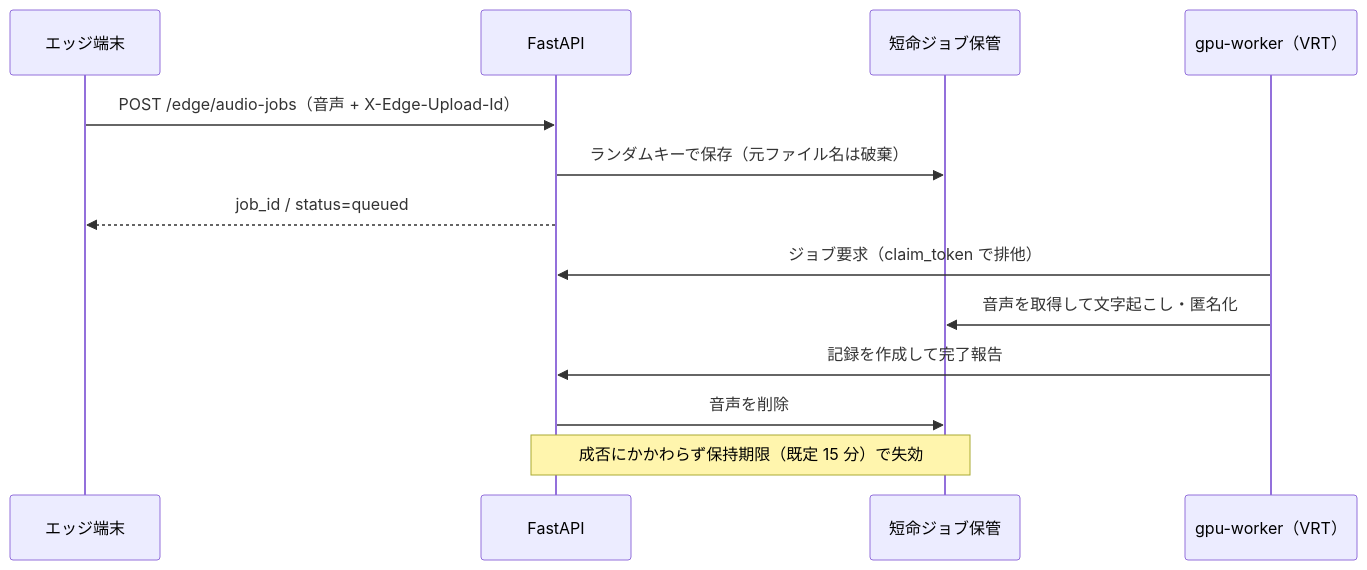
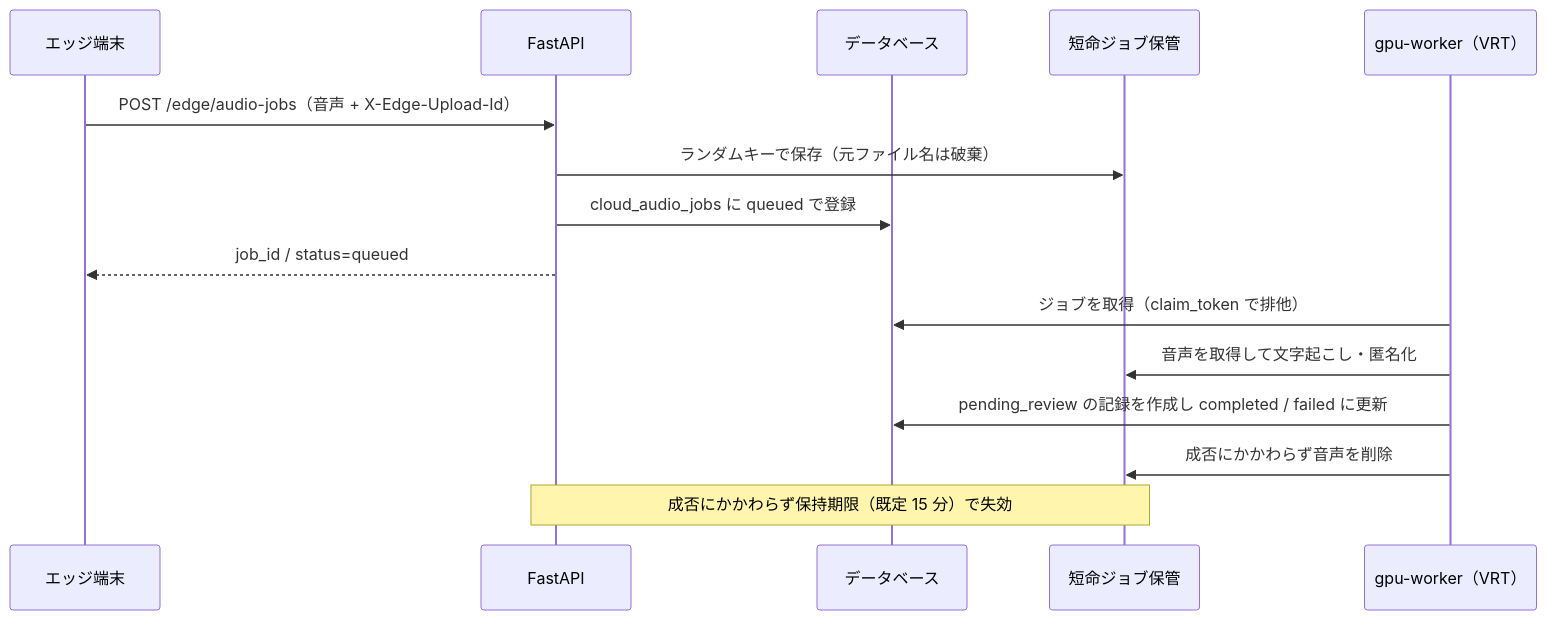
One commit to fuji0567/small-step changed the second of 2 diagrams in docs/architecture/audio-pipeline.md. Above: the diagram before and after it, drawn with Mermaid. The commit also changed other lines of this file and 9 other files, not shown here.

````diff
--- a/docs/architecture/audio-pipeline.md
+++ b/docs/architecture/audio-pipeline.md
@@ -66,16 +68,18 @@
 ```mermaid
 sequenceDiagram
     participant Edge as エッジ端末
     participant API as FastAPI
+    participant DB as データベース
     participant Store as 短命ジョブ保管
     participant GPU as gpu-worker（VRT）
 
     Edge->>API: POST /edge/audio-jobs（音声 + X-Edge-Upload-Id）
     API->>Store: ランダムキーで保存（元ファイル名は破棄）
+    API->>DB: cloud_audio_jobs に queued で登録
     API-->>Edge: job_id / status=queued
-    GPU->>API: ジョブ要求（claim_token で排他）
+    GPU->>DB: ジョブを取得（claim_token で排他）
     GPU->>Store: 音声を取得して文字起こし・匿名化
-    GPU->>API: 記録を作成して完了報告
-    API->>Store: 音声を削除
+    GPU->>DB: pending_review の記録を作成し completed / failed に更新
+    GPU->>Store: 成否にかかわらず音声を削除
     Note over API,Store: 成否にかかわらず保持期限（既定 15 分）で失効
 ```
````
